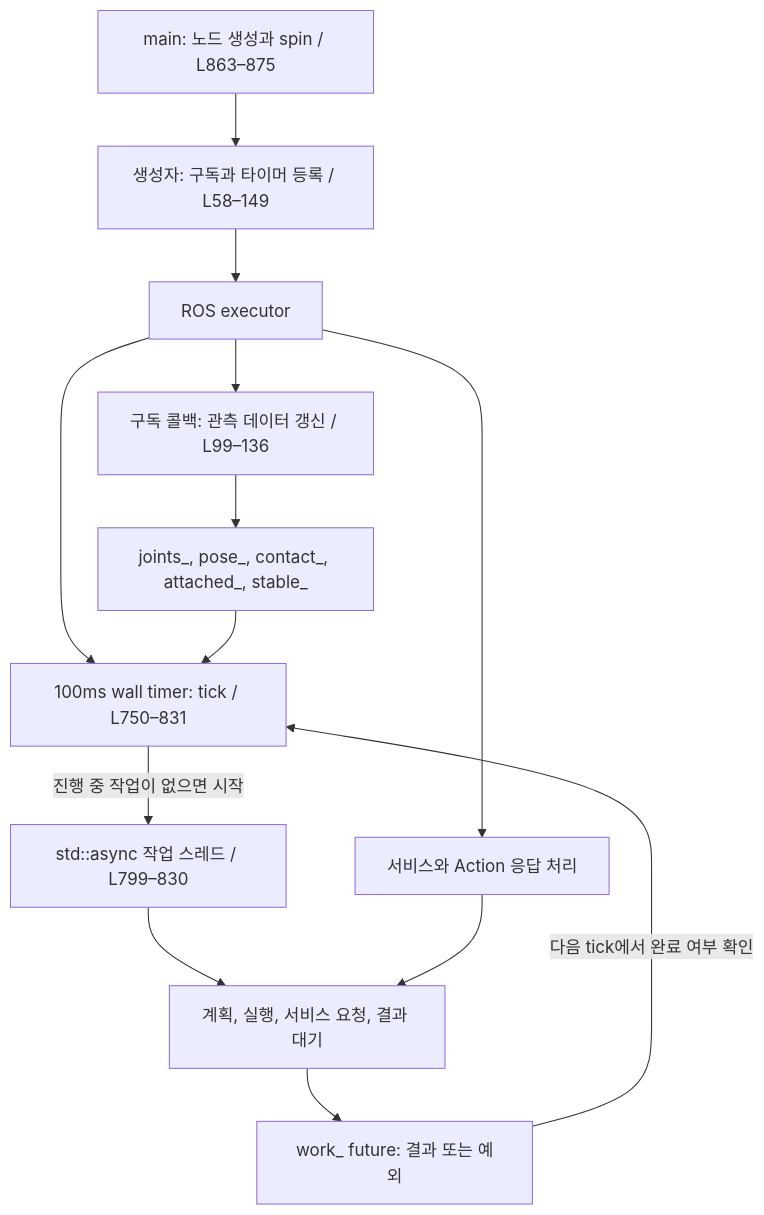
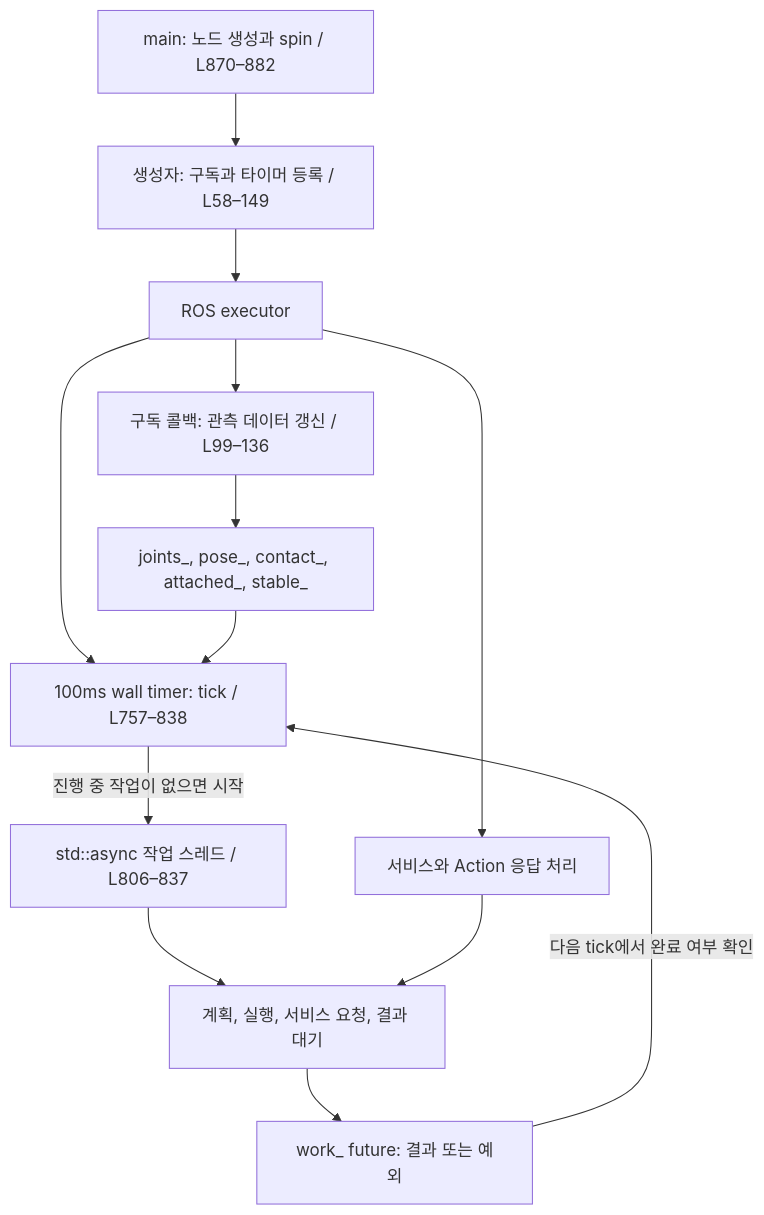
The first of 4 diagrams in docs/pick_and_place_test_cpp해설.md (dongseoki/my_arm_with_ball), drawn with Mermaid before and after one commit. The commit also changed other lines of this file and 1 other file, not shown here.

````diff
--- a/docs/pick_and_place_test_cpp해설.md
+++ b/docs/pick_and_place_test_cpp해설.md
@@ -22,15 +22,15 @@
 ```mermaid
 flowchart TD
-    MAIN["main: 노드 생성과 spin / L863–875"] --> INIT["생성자: 구독과 타이머 등록 / L58–149"]
+    MAIN["main: 노드 생성과 spin / L870–882"] --> INIT["생성자: 구독과 타이머 등록 / L58–149"]
     INIT --> EXEC["ROS executor"]
     EXEC --> SUB["구독 콜백: 관측 데이터 갱신 / L99–136"]
-    EXEC --> TICK["100ms wall timer: tick / L750–831"]
+    EXEC --> TICK["100ms wall timer: tick / L757–838"]
     EXEC --> RESP["서비스와 Action 응답 처리"]
     SUB --> DATA["joints_, pose_, contact_, attached_, stable_"]
     DATA --> TICK
-    TICK -->|"진행 중 작업이 없으면 시작"| ASYNC["std::async 작업 스레드 / L799–830"]
+    TICK -->|"진행 중 작업이 없으면 시작"| ASYNC["std::async 작업 스레드 / L806–837"]
     ASYNC --> WORK["계획, 실행, 서비스 요청, 결과 대기"]
     RESP --> WORK
     WORK --> FUTURE["work_ future: 결과 또는 예외"]
     FUTURE -->|"다음 tick에서 완료 여부 확인"| TICK
 ```
````
